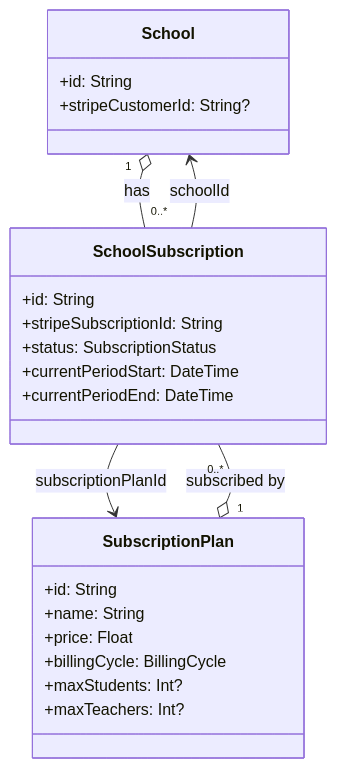
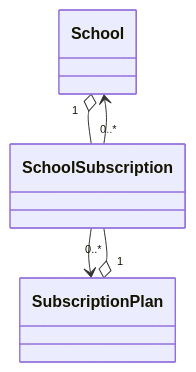
Before and after one commit to Zaslons/Skooly1.1: the fifth of 7 diagrams in DOMAIN_MODEL.md, drawn with Mermaid. The commit also changed other lines of this file and 308 other files, not shown here.

````diff
--- a/DOMAIN_MODEL.md
+++ b/DOMAIN_MODEL.md
@@ -391,32 +424,13 @@
 ```mermaid
 classDiagram
     direction TB
 
-    class School {
-        +id: String
-        +stripeCustomerId: String?
-    }
+    class School
+    class SubscriptionPlan
+    class SchoolSubscription
 
-    class SubscriptionPlan {
-        +id: String
-        +name: String
-        +price: Float
-        +billingCycle: BillingCycle
-        +maxStudents: Int?
-        +maxTeachers: Int?
-    }
-
-    class SchoolSubscription {
-        +id: String
-        +stripeSubscriptionId: String
-        +status: SubscriptionStatus
-        +currentPeriodStart: DateTime
-        +currentPeriodEnd: DateTime
-    }
-
-    %% Association: SchoolSubscription links School and Plan
-    School "1" o-- "0..*" SchoolSubscription : has
-    SubscriptionPlan "1" o-- "0..*" SchoolSubscription : subscribed by
-    SchoolSubscription --> School : schoolId
-    SchoolSubscription --> SubscriptionPlan : subscriptionPlanId
+    School "1" o-- "0..*" SchoolSubscription
+    SubscriptionPlan "1" o-- "0..*" SchoolSubscription
+    SchoolSubscription --> School
+    SchoolSubscription --> SubscriptionPlan
 ```
````
